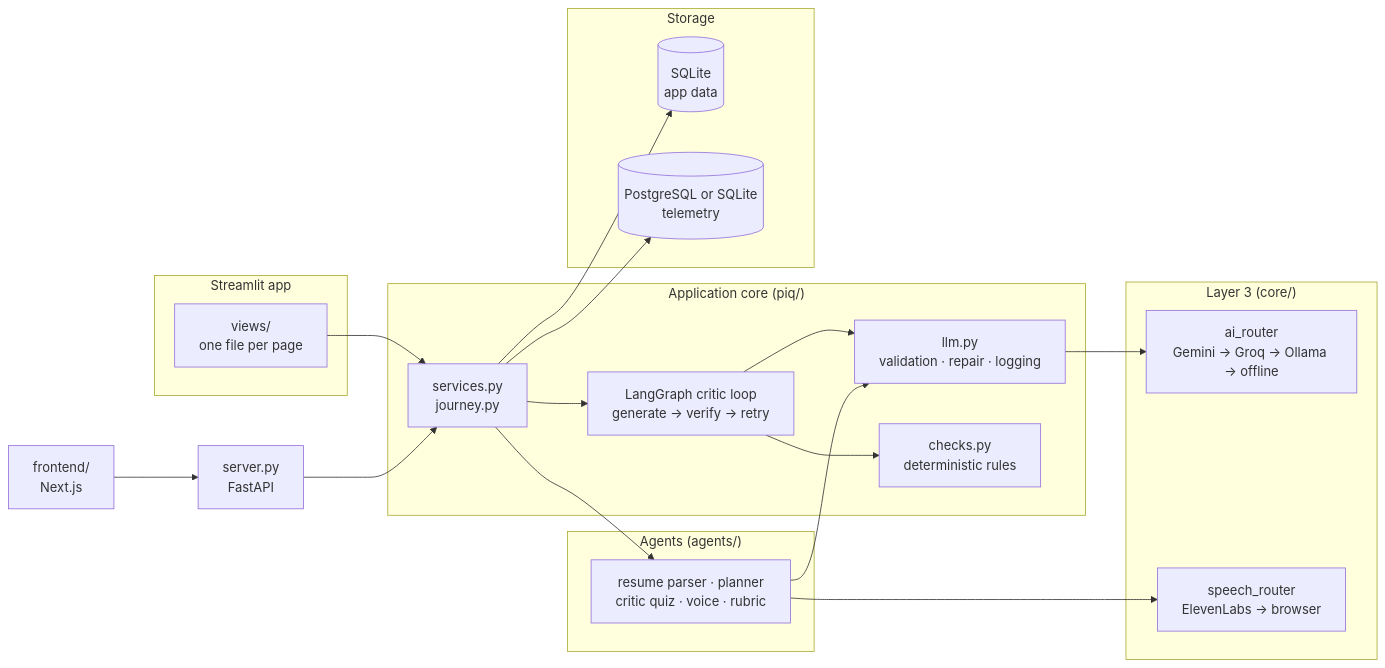
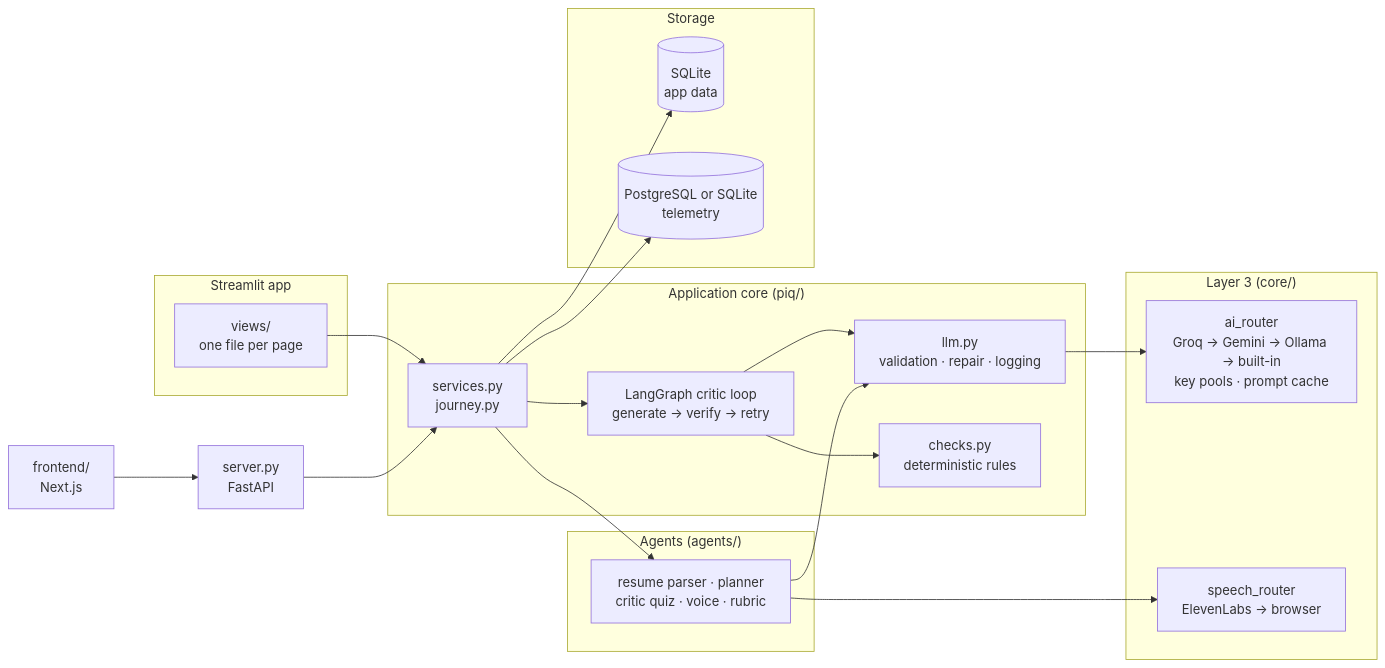
One commit to prajwalparish-git/Placement-IQ changed the diagram in README.md. Above: the diagram before and after it, drawn with Mermaid. The commit also changed other lines of this file and 23 other files, not shown here.

````diff
--- a/README.md
+++ b/README.md
@@ -131,34 +140,34 @@
 ```mermaid
 flowchart LR
     subgraph UI["Streamlit app"]
         V["views/<br/>one file per page"]
     end
     subgraph Core["Application core (piq/)"]
         S["services.py<br/>journey.py"]
         G["LangGraph critic loop<br/>generate → verify → retry"]
         L["llm.py<br/>validation · repair · logging"]
         C["checks.py<br/>deterministic rules"]
     end
     subgraph L2["Agents (agents/)"]
         A["resume parser · planner<br/>critic quiz · voice · rubric"]
     end
     subgraph L3["Layer 3 (core/)"]
-        R["ai_router<br/>Gemini → Groq → Ollama → offline"]
+        R["ai_router<br/>Groq → Gemini → Ollama → built-in<br/>key pools · prompt cache"]
         SP["speech_router<br/>ElevenLabs → browser"]
     end
     subgraph Data["Storage"]
         DB[("SQLite<br/>app data")]
         T[("PostgreSQL or SQLite<br/>telemetry")]
     end
     V --> S
     S --> A
     S --> G --> L
     A --> L
     G --> C
     L --> R
     A --> SP
     S --> DB
     S --> T
     API["server.py<br/>FastAPI"] --> S
     NX["frontend/<br/>Next.js"] --> API
 ```
````
